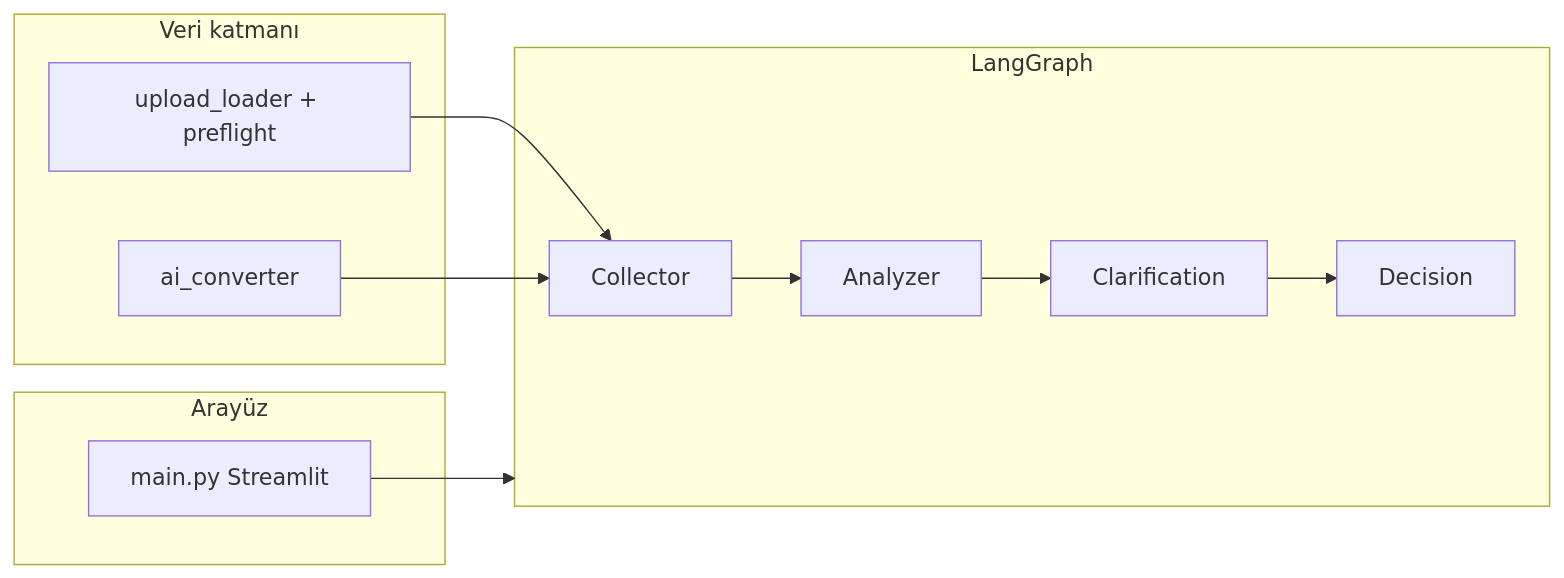
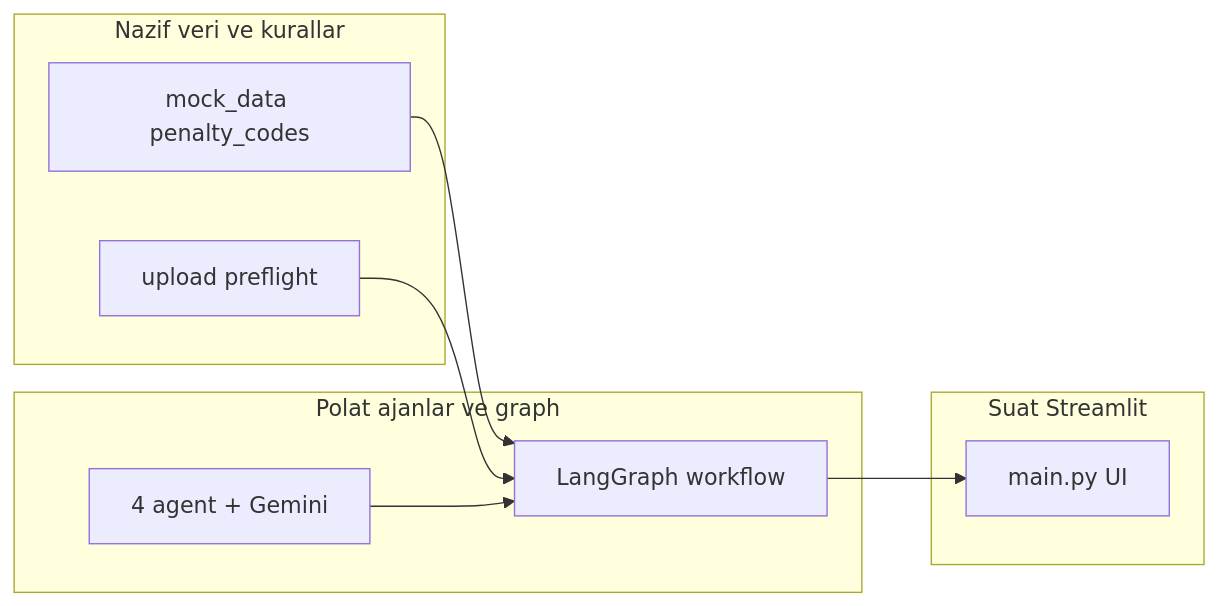
One commit to polatsakarya35/BTK-Hackathon-IadeAjan changed the first of 2 diagrams in README.md. Above: the diagram before and after it, drawn with Mermaid. The commit also changed other lines of this file, not shown here.

Commit message:
README: ekip görev dağılımı (Polat, Nazif, Suat)

````diff
--- a/README.md
+++ b/README.md
@@ -47,20 +67,18 @@
 ```mermaid
 flowchart LR
-  subgraph veri [Veri katmanı]
-    U[upload_loader + preflight]
-    C[ai_converter]
+  subgraph nazif [Nazif veri ve kurallar]
+    MD[mock_data penalty_codes]
+    UP[upload preflight]
   end
-  subgraph ajan [LangGraph]
-    Col[Collector]
-    Ana[Analyzer]
-    Cla[Clarification]
-    Dec[Decision]
+  subgraph polat [Polat ajanlar ve graph]
+    LG[LangGraph workflow]
+    AG[4 agent + Gemini]
   end
-  subgraph ui [Arayüz]
-    M[main.py Streamlit]
+  subgraph suat [Suat Streamlit]
+    UI[main.py UI]
   end
-  U --> Col
-  C --> Col
-  Col --> Ana --> Cla --> Dec
-  M --> ajan
+  MD --> LG
+  UP --> LG
+  LG --> UI
+  AG --> LG
 ```
````
